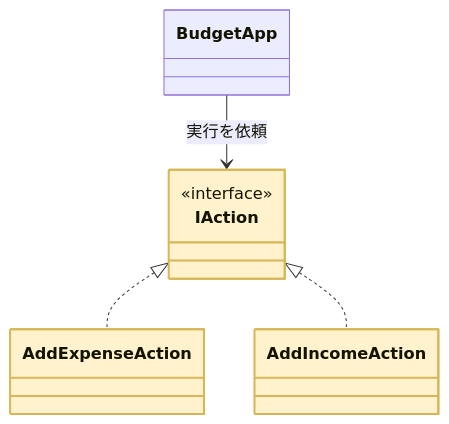
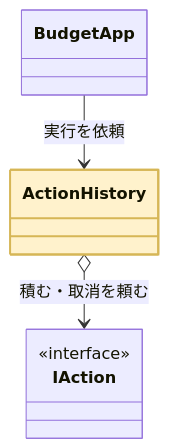
Before and after one commit to kumachan1101-pixel/DesignPattern: diagram 12 of 19 in kindle/design-patterns/output/chapter05.md, drawn with Mermaid. The commit also changed other lines of this file, not shown here.

````diff
--- a/kindle/design-patterns/output/chapter05.md
+++ b/kindle/design-patterns/output/chapter05.md
@@ -1435,14 +1729,10 @@
 ```mermaid
 classDiagram
+    class BudgetApp
+    class ActionHistory
     class IAction { <<interface>> }
-    class AddExpenseAction
-    class AddIncomeAction
-    class BudgetApp
-    IAction <|.. AddExpenseAction
-    IAction <|.. AddIncomeAction
-    BudgetApp --> IAction : 実行を依頼
-    class IAction:::focus
-    class AddExpenseAction:::focus
-    class AddIncomeAction:::focus
+    BudgetApp --> ActionHistory : 実行を依頼
+    ActionHistory o--> IAction : 積む・取消を頼む
+    class ActionHistory:::focus
     classDef focus fill:#FFF2CC,stroke:#D6B656,stroke-width:2px
 ```
````
